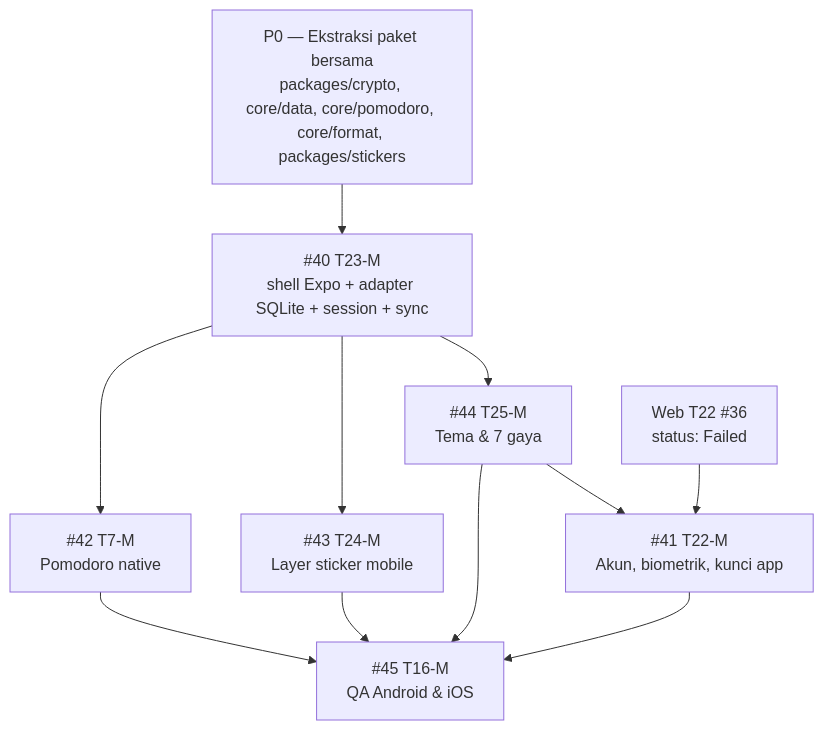
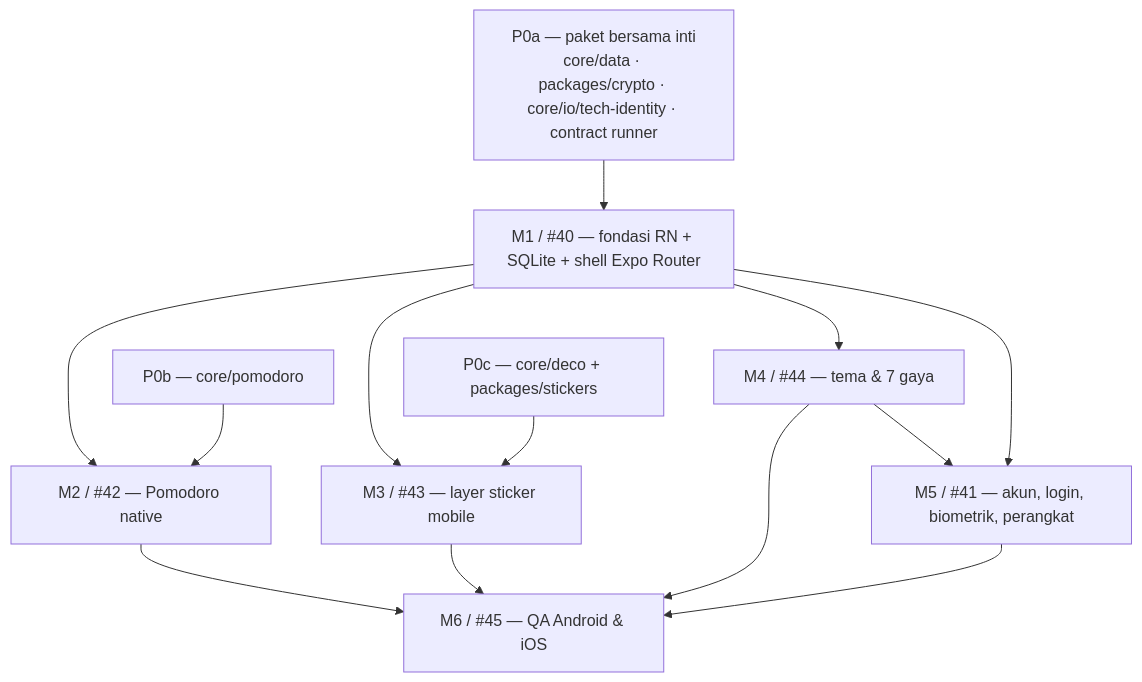
The diagram in reports/mobile-decisions.md (rijalsolahudin/improve-personal-web), drawn with Mermaid before and after one commit. The commit also changed other lines of this file and 2 other files, not shown here.

First line of the commit message:
docs(mobile): tetapkan keputusan state, navigasi, dan struktur fitur

````diff
--- a/reports/mobile-decisions.md
+++ b/reports/mobile-decisions.md
@@ -94,22 +212,25 @@
 ```mermaid
 flowchart TD
-  P0["P0 — Ekstraksi paket bersama<br/>packages/crypto, core/data, core/pomodoro, core/format, packages/stickers"]
-  T40["#40 T23-M<br/>shell Expo + adapter SQLite + session + sync"]
-  T42["#42 T7-M<br/>Pomodoro native"]
-  T43["#43 T24-M<br/>Layer sticker mobile"]
-  T44["#44 T25-M<br/>Tema & 7 gaya"]
-  T41["#41 T22-M<br/>Akun, biometrik, kunci app"]
-  W22["Web T22 #36<br/>status: Failed"]
-  T45["#45 T16-M<br/>QA Android & iOS"]
+  P0A["P0a — paket bersama inti<br/>core/data · packages/crypto · core/io/tech-identity · contract runner"]
+  P0B["P0b — core/pomodoro"]
+  P0C["P0c — core/deco + packages/stickers"]
+  M1["M1 / #40 — fondasi RN + SQLite + shell Expo Router"]
+  M2["M2 / #42 — Pomodoro native"]
+  M3["M3 / #43 — layer sticker mobile"]
+  M4["M4 / #44 — tema & 7 gaya"]
+  M5["M5 / #41 — akun, login, biometrik, perangkat"]
+  M6["M6 / #45 — QA Android & iOS"]
 
-  P0 --> T40
-  T40 --> T42
-  T40 --> T43
-  T40 --> T44
-  T44 --> T41
-  W22 --> T41
-  T42 --> T45
-  T43 --> T45
-  T44 --> T45
-  T41 --> T45
+  P0A --> M1
+  M1 --> M2
+  M1 --> M3
+  M1 --> M4
+  P0B --> M2
+  P0C --> M3
+  M4 --> M5
+  M1 --> M5
+  M2 --> M6
+  M3 --> M6
+  M4 --> M6
+  M5 --> M6
 ```
````
